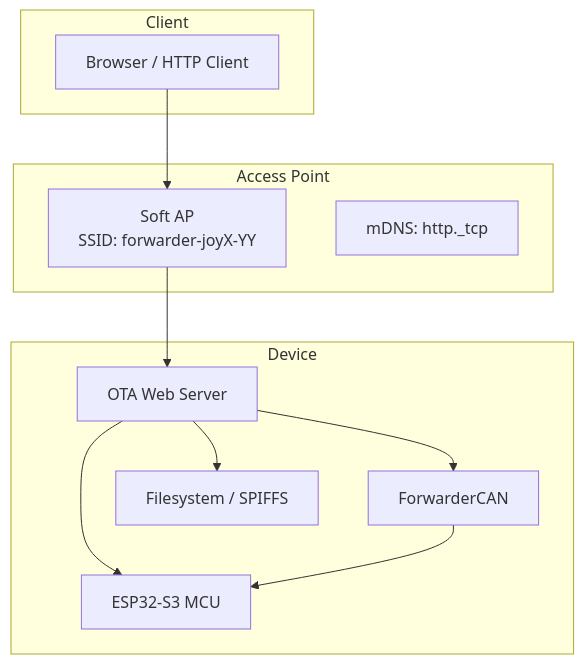
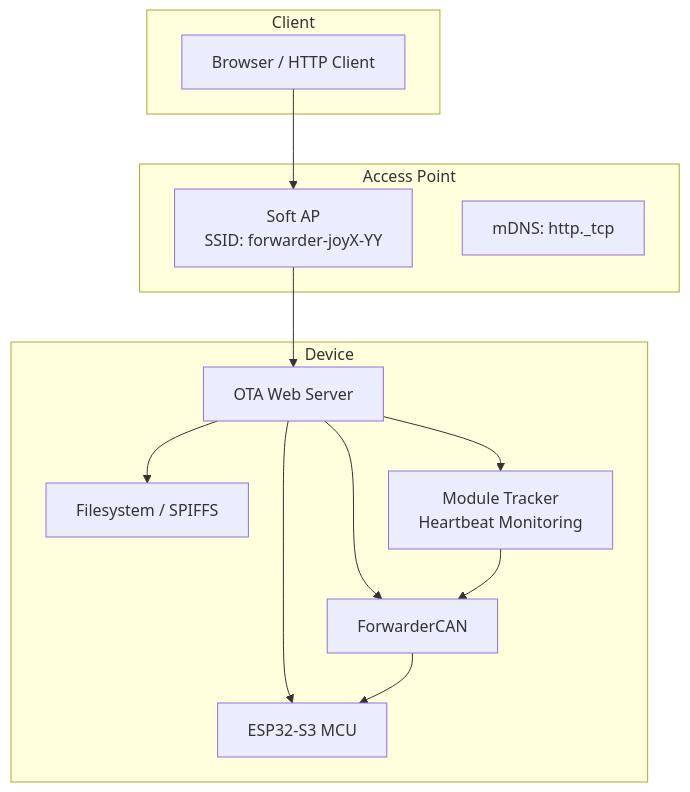
Before and after one commit to gunicsba/ESP_CAN_ECU_joystick_collection: the second of 9 diagrams in .qoder/repowiki/en/content/OTA Firmware Updates/OTA Firmware Updates.md, drawn with Mermaid. The commit also changed other lines of this file and 11 other files, not shown here.

````diff
--- a/.qoder/repowiki/en/content/OTA Firmware Updates/OTA Firmware Updates.md
+++ b/.qoder/repowiki/en/content/OTA Firmware Updates/OTA Firmware Updates.md
@@ -103,22 +107,25 @@
 ```mermaid
 graph TB
 subgraph "Device"
 MCU["ESP32-S3 MCU"]
 CAN["ForwarderCAN"]
 OTA["OTA Web Server"]
 FS["Filesystem / SPIFFS"]
+Tracker["Module Tracker<br/>Heartbeat Monitoring"]
 end
 subgraph "Access Point"
 AP["Soft AP<br/>SSID: forwarder-joyX-YY"]
 DNS["mDNS: http._tcp"]
 end
 subgraph "Client"
 Browser["Browser / HTTP Client"]
 end
 Browser --> AP
 AP --> OTA
 OTA --> FS
 OTA --> MCU
 OTA --> CAN
+OTA --> Tracker
+Tracker --> CAN
 CAN --> MCU
 ```
````
